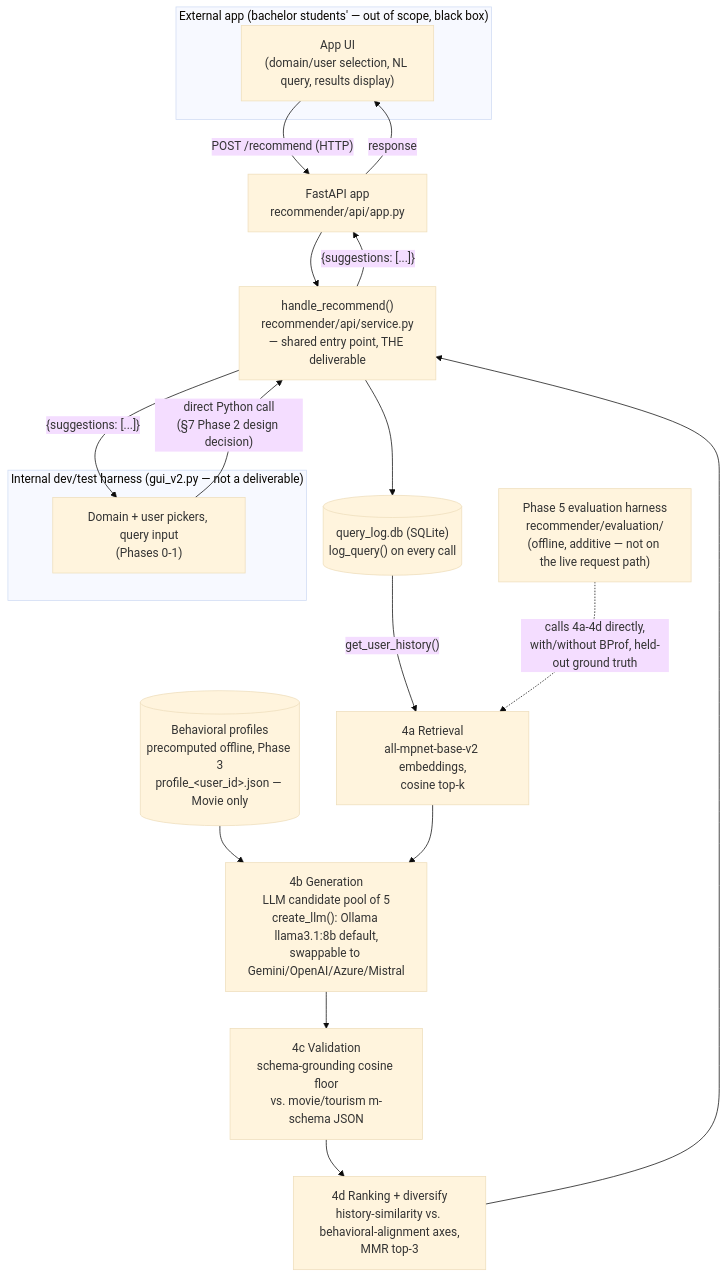
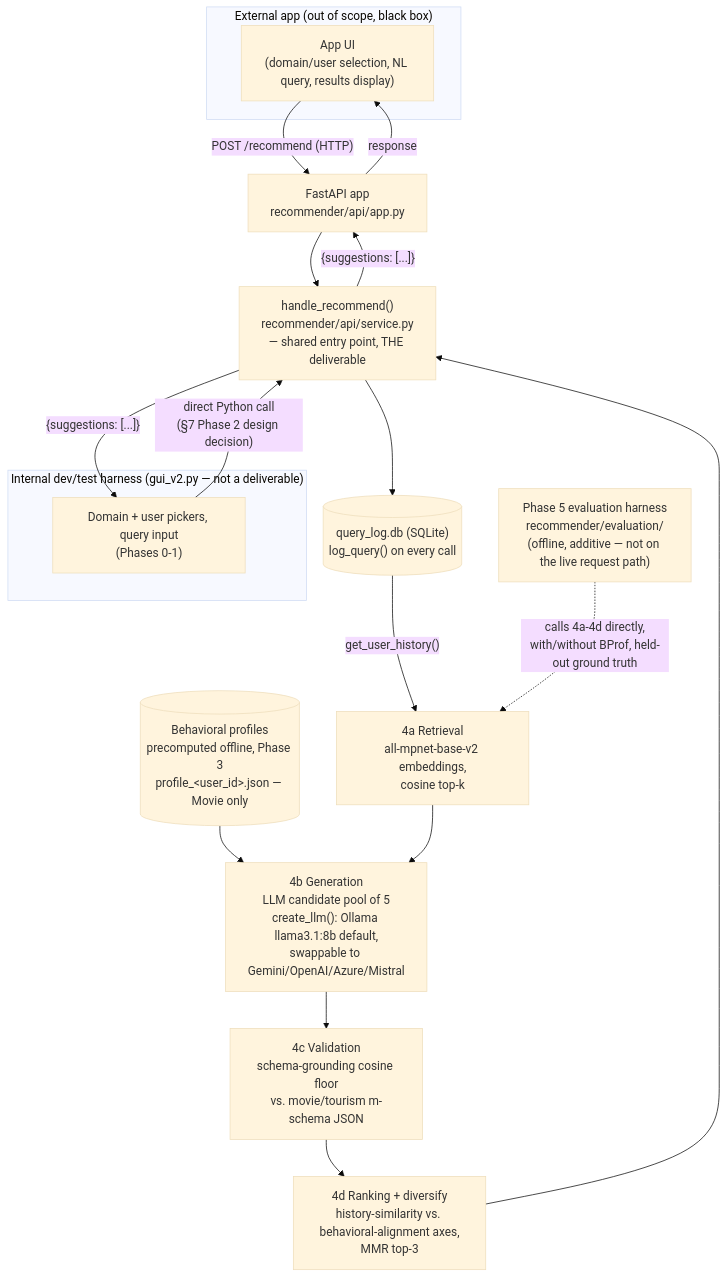
The second of 2 diagrams in docs/THESIS_PROJECT_PLAN.md (NargesSamaeii/query-recommendation-system), drawn with Mermaid (base theme) before and after one commit. The commit also changed other lines of this file and 53 other files, not shown here.

````diff
--- a/docs/THESIS_PROJECT_PLAN.md
+++ b/docs/THESIS_PROJECT_PLAN.md
@@ -458,29 +461,29 @@
 ```mermaid
 flowchart TD
-    subgraph External["External app (bachelor students' — out of scope, black box)"]
+    subgraph External["External app (out of scope, black box)"]
         EApp["App UI<br/>(domain/user selection, NL query, results display)"]
     end
 
     subgraph Harness["Internal dev/test harness (gui_v2.py — not a deliverable)"]
         HUI["Domain + user pickers, query input<br/>(Phases 0-1)"]
     end
 
     EApp -->|"POST /recommend (HTTP)"| API["FastAPI app<br/>recommender/api/app.py"]
     API --> Handle["handle_recommend()<br/>recommender/api/service.py<br/>— shared entry point, THE deliverable"]
     HUI -->|"direct Python call<br/>(§7 Phase 2 design decision)"| Handle
 
     Handle --> QLog[("query_log.db (SQLite)<br/>log_query() on every call")]
     QLog -->|"get_user_history()"| Retrieve["4a Retrieval<br/>all-mpnet-base-v2 embeddings,<br/>cosine top-k"]
 
     BProf[("Behavioral profiles<br/>precomputed offline, Phase 3<br/>profile_&lt;user_id&gt;.json — Movie only")] --> Generate
 
     Retrieve --> Generate["4b Generation<br/>LLM candidate pool of 5<br/>create_llm(): Ollama llama3.1:8b default,<br/>swappable to Gemini/OpenAI/Azure/Mistral"]
     Generate --> Validate["4c Validation<br/>schema-grounding cosine floor<br/>vs. movie/tourism m-schema JSON"]
     Validate --> Rank["4d Ranking + diversify<br/>history-similarity vs. behavioral-alignment axes,<br/>MMR top-3"]
     Rank --> Handle
     Handle -->|"{suggestions: [...]}"| API
     Handle -->|"{suggestions: [...]}"| HUI
     API -->|response| EApp
 
     Eval["Phase 5 evaluation harness<br/>recommender/evaluation/<br/>(offline, additive — not on the live request path)"] -.->|"calls 4a-4d directly,<br/>with/without BProf, held-out ground truth"| Retrieve
 ```
````
